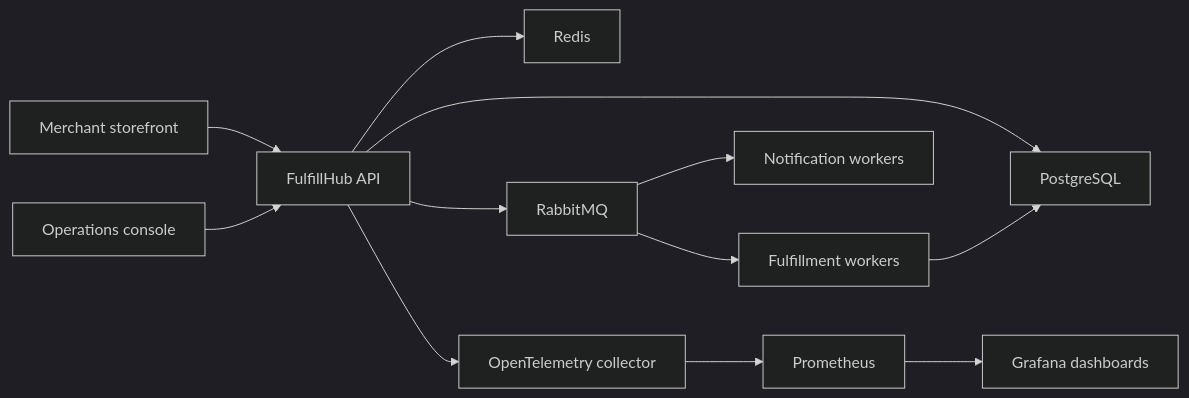
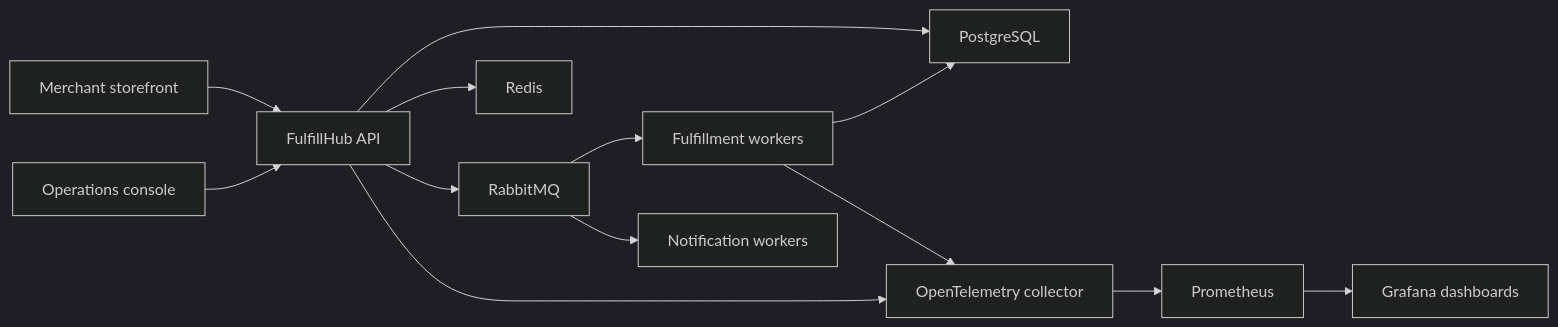
The diagram in docs/architecture/overview.md (Defyland/fulfillhub-go-commerce-platform), drawn with Mermaid (dark theme) before and after one commit. The commit also changed other lines of this file and 16 other files, not shown here.

````diff
--- a/docs/architecture/overview.md
+++ b/docs/architecture/overview.md
@@ -7,14 +7,15 @@
 ```mermaid
 flowchart LR
   storefront["Merchant storefront"] --> api["FulfillHub API"]
   ops["Operations console"] --> api
   api --> pg["PostgreSQL"]
   api --> redis["Redis"]
   api --> broker["RabbitMQ"]
   broker --> workers["Fulfillment workers"]
   workers --> pg
   broker --> notifier["Notification workers"]
   api --> otel["OpenTelemetry collector"]
+  workers --> otel
   otel --> prom["Prometheus"]
   prom --> grafana["Grafana dashboards"]
 ```
````
